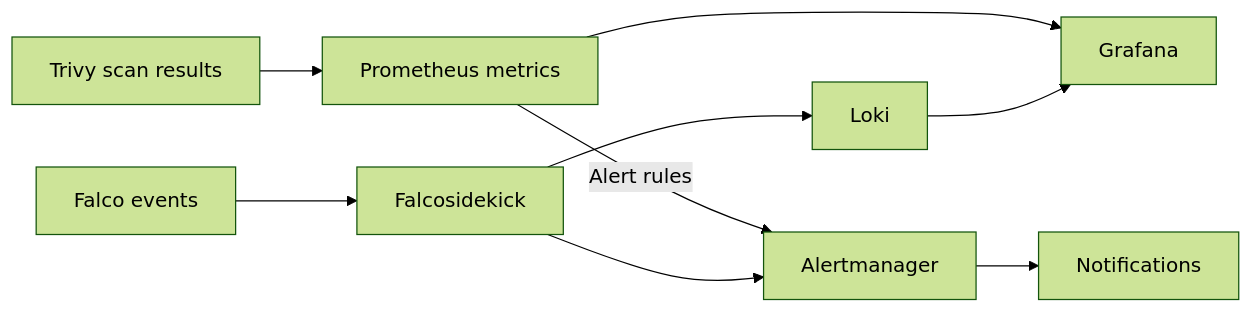
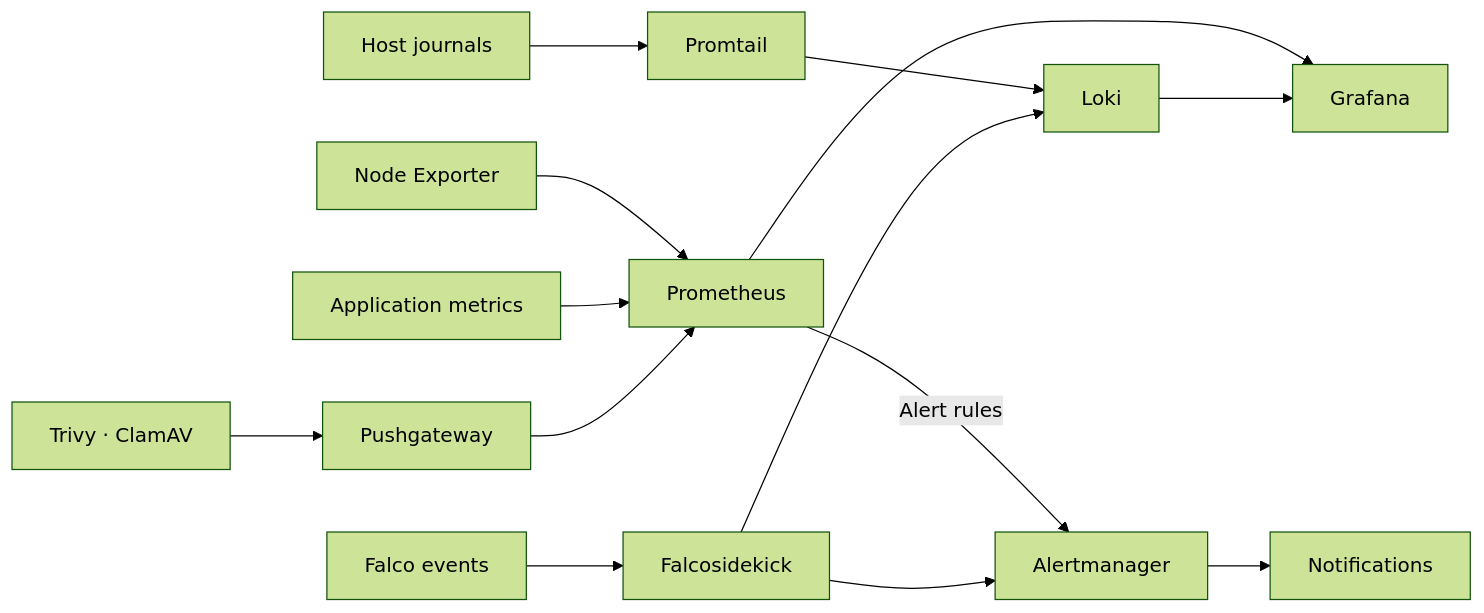
Before and after one commit to arviiyer/tamriel-homelab: the diagram in monitoring/README.md, drawn with Mermaid (forest theme). The commit also changed other lines of this file and 31 other files, not shown here.

````diff
--- a/monitoring/README.md
+++ b/monitoring/README.md
@@ -25,9 +33,12 @@
 ```mermaid
 flowchart LR
-    trivy[Trivy scan results] --> metrics[Prometheus metrics]
+    hosts[Node Exporter] --> metrics[Prometheus]
+    apps[Application metrics] --> metrics
+    scans[Trivy · ClamAV] --> push[Pushgateway] --> metrics
+    journals[Host journals] --> promtail[Promtail] --> loki[Loki]
     metrics --> grafana[Grafana]
     metrics -- Alert rules --> alerts[Alertmanager]
     falco[Falco events] --> sidekick[Falcosidekick]
-    sidekick --> loki[Loki] --> grafana
+    sidekick --> loki --> grafana
     sidekick --> alerts --> notifications[Notifications]
 ```
````
